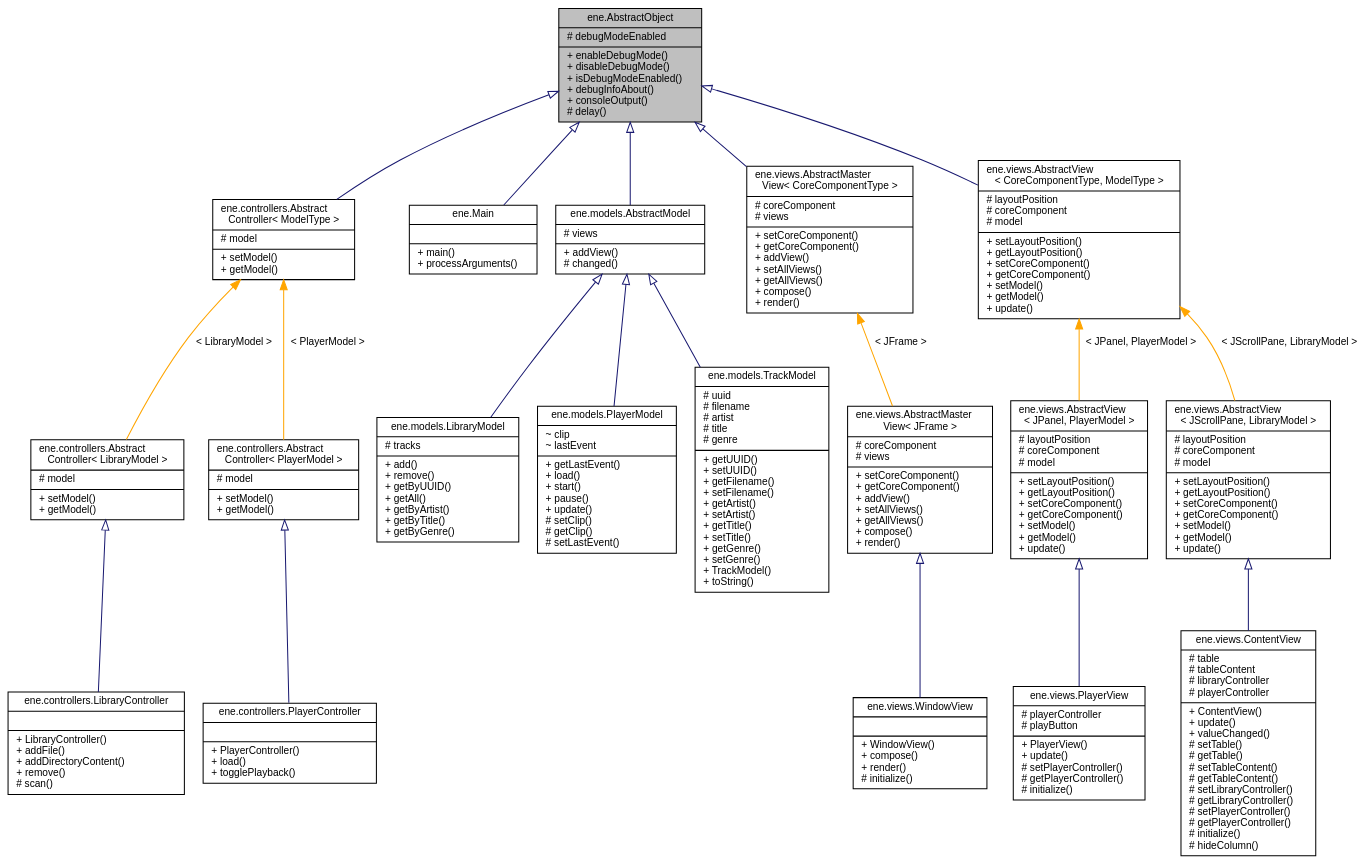
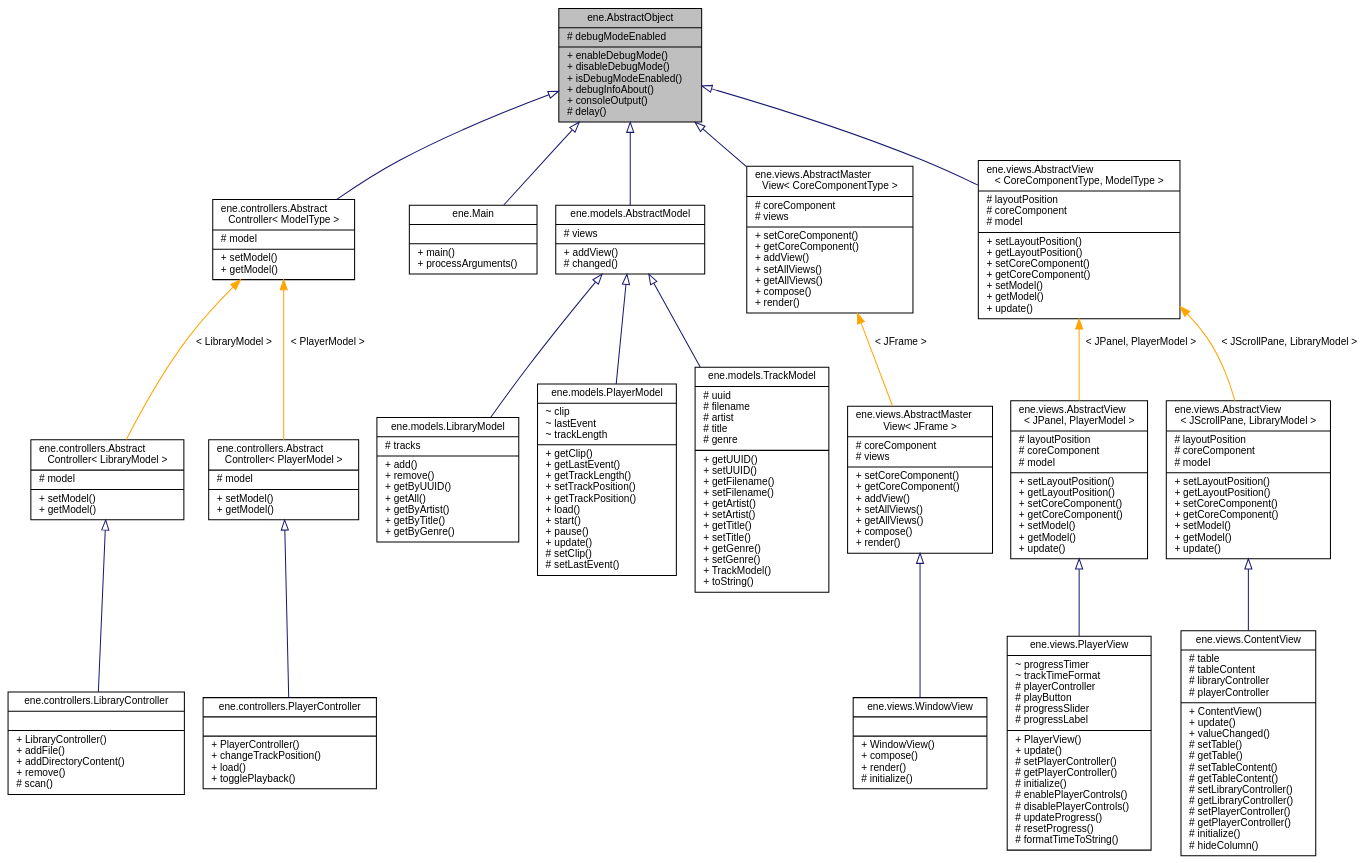
Before and after one commit to vivi90/ene: the diagram in docs/classene_1_1AbstractObject__inherit__graph.dot, drawn with Graphviz. The commit also changed 96 other files, not shown here.

```diff
--- a/docs/classene_1_1AbstractObject__inherit__graph.dot
+++ b/docs/classene_1_1AbstractObject__inherit__graph.dot
@@ -1,43 +1,43 @@
 digraph "ene.AbstractObject"
 {
   bgcolor="transparent";
   edge [fontname="Helvetica",fontsize="10",labelfontname="Helvetica",labelfontsize="10"];
   node [fontname="Helvetica",fontsize="10",shape=record];
   Node0 [label="{ene.AbstractObject\n|# debugModeEnabled\l|+ enableDebugMode()\l+ disableDebugMode()\l+ isDebugModeEnabled()\l+ debugInfoAbout()\l+ consoleOutput()\l# delay()\l}",height=0.2,width=0.4,color="black", fillcolor="grey75", style="filled", fontcolor="black"];
   Node0 -> Node1 [dir="back",color="midnightblue",fontsize="10",style="solid",arrowtail="onormal",fontname="Helvetica"];
   Node1 [label="{ene.controllers.Abstract\lController\< ModelType \>\n|# model\l|+ setModel()\l+ getModel()\l}",height=0.2,width=0.4,color="black",URL="$classene_1_1controllers_1_1AbstractController.html"];
   Node1 -> Node2 [dir="back",color="orange",fontsize="10",style="solid",label=" \< LibraryModel \>" ,fontname="Helvetica"];
   Node2 [label="{ene.controllers.Abstract\lController\< LibraryModel \>\n|# model\l|+ setModel()\l+ getModel()\l}",height=0.2,width=0.4,color="black",URL="$classene_1_1controllers_1_1AbstractController.html"];
   Node2 -> Node3 [dir="back",color="midnightblue",fontsize="10",style="solid",arrowtail="onormal",fontname="Helvetica"];
   Node3 [label="{ene.controllers.LibraryController\n||+ LibraryController()\l+ addFile()\l+ addDirectoryContent()\l+ remove()\l# scan()\l}",height=0.2,width=0.4,color="black",URL="$classene_1_1controllers_1_1LibraryController.html"];
   Node1 -> Node4 [dir="back",color="orange",fontsize="10",style="solid",label=" \< PlayerModel \>" ,fontname="Helvetica"];
   Node4 [label="{ene.controllers.Abstract\lController\< PlayerModel \>\n|# model\l|+ setModel()\l+ getModel()\l}",height=0.2,width=0.4,color="black",URL="$classene_1_1controllers_1_1AbstractController.html"];
   Node4 -> Node5 [dir="back",color="midnightblue",fontsize="10",style="solid",arrowtail="onormal",fontname="Helvetica"];
-  Node5 [label="{ene.controllers.PlayerController\n||+ PlayerController()\l+ load()\l+ togglePlayback()\l}",height=0.2,width=0.4,color="black",URL="$classene_1_1controllers_1_1PlayerController.html"];
+  Node5 [label="{ene.controllers.PlayerController\n||+ PlayerController()\l+ changeTrackPosition()\l+ load()\l+ togglePlayback()\l}",height=0.2,width=0.4,color="black",URL="$classene_1_1controllers_1_1PlayerController.html"];
   Node0 -> Node6 [dir="back",color="midnightblue",fontsize="10",style="solid",arrowtail="onormal",fontname="Helvetica"];
   Node6 [label="{ene.Main\n||+ main()\l+ processArguments()\l}",height=0.2,width=0.4,color="black",URL="$classene_1_1Main.html"];
   Node0 -> Node7 [dir="back",color="midnightblue",fontsize="10",style="solid",arrowtail="onormal",fontname="Helvetica"];
   Node7 [label="{ene.models.AbstractModel\n|# views\l|+ addView()\l# changed()\l}",height=0.2,width=0.4,color="black",URL="$classene_1_1models_1_1AbstractModel.html"];
   Node7 -> Node8 [dir="back",color="midnightblue",fontsize="10",style="solid",arrowtail="onormal",fontname="Helvetica"];
   Node8 [label="{ene.models.LibraryModel\n|# tracks\l|+ add()\l+ remove()\l+ getByUUID()\l+ getAll()\l+ getByArtist()\l+ getByTitle()\l+ getByGenre()\l}",height=0.2,width=0.4,color="black",URL="$classene_1_1models_1_1LibraryModel.html"];
   Node7 -> Node9 [dir="back",color="midnightblue",fontsize="10",style="solid",arrowtail="onormal",fontname="Helvetica"];
-  Node9 [label="{ene.models.PlayerModel\n|~ clip\l~ lastEvent\l|+ getLastEvent()\l+ load()\l+ start()\l+ pause()\l+ update()\l# setClip()\l# getClip()\l# setLastEvent()\l}",height=0.2,width=0.4,color="black",URL="$classene_1_1models_1_1PlayerModel.html"];
+  Node9 [label="{ene.models.PlayerModel\n|~ clip\l~ lastEvent\l~ trackLength\l|+ getClip()\l+ getLastEvent()\l+ getTrackLength()\l+ setTrackPosition()\l+ getTrackPosition()\l+ load()\l+ start()\l+ pause()\l+ update()\l# setClip()\l# setLastEvent()\l}",height=0.2,width=0.4,color="black",URL="$classene_1_1models_1_1PlayerModel.html"];
   Node7 -> Node10 [dir="back",color="midnightblue",fontsize="10",style="solid",arrowtail="onormal",fontname="Helvetica"];
   Node10 [label="{ene.models.TrackModel\n|# uuid\l# filename\l# artist\l# title\l# genre\l|+ getUUID()\l+ setUUID()\l+ getFilename()\l+ setFilename()\l+ getArtist()\l+ setArtist()\l+ getTitle()\l+ setTitle()\l+ getGenre()\l+ setGenre()\l+ TrackModel()\l+ toString()\l}",height=0.2,width=0.4,color="black",URL="$classene_1_1models_1_1TrackModel.html"];
   Node0 -> Node11 [dir="back",color="midnightblue",fontsize="10",style="solid",arrowtail="onormal",fontname="Helvetica"];
   Node11 [label="{ene.views.AbstractMaster\lView\< CoreComponentType \>\n|# coreComponent\l# views\l|+ setCoreComponent()\l+ getCoreComponent()\l+ addView()\l+ setAllViews()\l+ getAllViews()\l+ compose()\l+ render()\l}",height=0.2,width=0.4,color="black",URL="$classene_1_1views_1_1AbstractMasterView.html"];
   Node11 -> Node12 [dir="back",color="orange",fontsize="10",style="solid",label=" \< JFrame \>" ,fontname="Helvetica"];
   Node12 [label="{ene.views.AbstractMaster\lView\< JFrame \>\n|# coreComponent\l# views\l|+ setCoreComponent()\l+ getCoreComponent()\l+ addView()\l+ setAllViews()\l+ getAllViews()\l+ compose()\l+ render()\l}",height=0.2,width=0.4,color="black",URL="$classene_1_1views_1_1AbstractMasterView.html"];
   Node12 -> Node13 [dir="back",color="midnightblue",fontsize="10",style="solid",arrowtail="onormal",fontname="Helvetica"];
   Node13 [label="{ene.views.WindowView\n||+ WindowView()\l+ compose()\l+ render()\l# initialize()\l}",height=0.2,width=0.4,color="black",URL="$classene_1_1views_1_1WindowView.html"];
   Node0 -> Node14 [dir="back",color="midnightblue",fontsize="10",style="solid",arrowtail="onormal",fontname="Helvetica"];
   Node14 [label="{ene.views.AbstractView\l\< CoreComponentType, ModelType \>\n|# layoutPosition\l# coreComponent\l# model\l|+ setLayoutPosition()\l+ getLayoutPosition()\l+ setCoreComponent()\l+ getCoreComponent()\l+ setModel()\l+ getModel()\l+ update()\l}",height=0.2,width=0.4,color="black",URL="$classene_1_1views_1_1AbstractView.html"];
   Node14 -> Node15 [dir="back",color="orange",fontsize="10",style="solid",label=" \< JPanel, PlayerModel \>" ,fontname="Helvetica"];
   Node15 [label="{ene.views.AbstractView\l\< JPanel, PlayerModel \>\n|# layoutPosition\l# coreComponent\l# model\l|+ setLayoutPosition()\l+ getLayoutPosition()\l+ setCoreComponent()\l+ getCoreComponent()\l+ setModel()\l+ getModel()\l+ update()\l}",height=0.2,width=0.4,color="black",URL="$classene_1_1views_1_1AbstractView.html"];
   Node15 -> Node16 [dir="back",color="midnightblue",fontsize="10",style="solid",arrowtail="onormal",fontname="Helvetica"];
-  Node16 [label="{ene.views.PlayerView\n|# playerController\l# playButton\l|+ PlayerView()\l+ update()\l# setPlayerController()\l# getPlayerController()\l# initialize()\l}",height=0.2,width=0.4,color="black",URL="$classene_1_1views_1_1PlayerView.html"];
+  Node16 [label="{ene.views.PlayerView\n|~ progressTimer\l~ trackTimeFormat\l# playerController\l# playButton\l# progressSlider\l# progressLabel\l|+ PlayerView()\l+ update()\l# setPlayerController()\l# getPlayerController()\l# initialize()\l# enablePlayerControls()\l# disablePlayerControls()\l# updateProgress()\l# resetProgress()\l# formatTimeToString()\l}",height=0.2,width=0.4,color="black",URL="$classene_1_1views_1_1PlayerView.html"];
   Node14 -> Node17 [dir="back",color="orange",fontsize="10",style="solid",label=" \< JScrollPane, LibraryModel \>" ,fontname="Helvetica"];
   Node17 [label="{ene.views.AbstractView\l\< JScrollPane, LibraryModel \>\n|# layoutPosition\l# coreComponent\l# model\l|+ setLayoutPosition()\l+ getLayoutPosition()\l+ setCoreComponent()\l+ getCoreComponent()\l+ setModel()\l+ getModel()\l+ update()\l}",height=0.2,width=0.4,color="black",URL="$classene_1_1views_1_1AbstractView.html"];
   Node17 -> Node18 [dir="back",color="midnightblue",fontsize="10",style="solid",arrowtail="onormal",fontname="Helvetica"];
   Node18 [label="{ene.views.ContentView\n|# table\l# tableContent\l# libraryController\l# playerController\l|+ ContentView()\l+ update()\l+ valueChanged()\l# setTable()\l# getTable()\l# setTableContent()\l# getTableContent()\l# setLibraryController()\l# getLibraryController()\l# setPlayerController()\l# getPlayerController()\l# initialize()\l# hideColumn()\l}",height=0.2,width=0.4,color="black",URL="$classene_1_1views_1_1ContentView.html"];
 }
```
